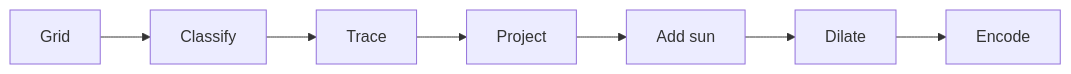
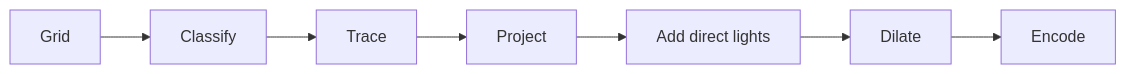
Before and after one commit to jose-villegas/autana: the diagram in docs/render/offline/SH-Probes.md, drawn with Mermaid. The commit also changed other lines of this file and 3 other files, not shown here.

````diff
--- a/docs/render/offline/SH-Probes.md
+++ b/docs/render/offline/SH-Probes.md
@@ -32,5 +32,5 @@
 ```mermaid
 flowchart LR
     grid[Grid] --> classify[Classify] --> trace[Trace] --> project[Project]
-    project --> sun[Add sun] --> dilate[Dilate] --> encode[Encode]
+    project --> direct[Add direct lights] --> dilate[Dilate] --> encode[Encode]
 ```
````
